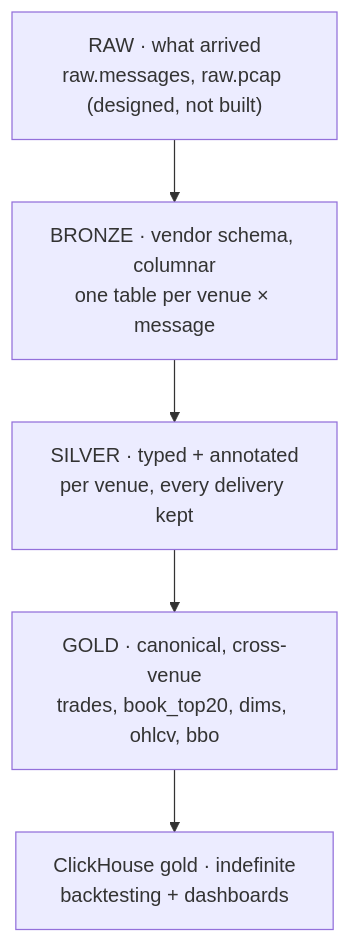
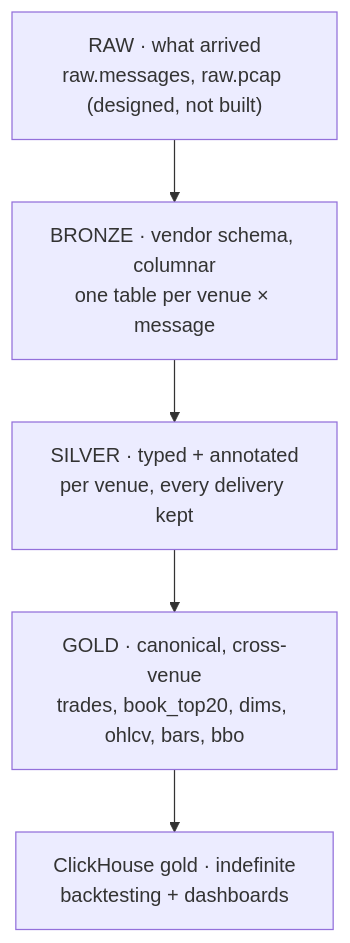
The diagram in docs/architecture/12-data-strategy.md (rjdscott/k2-market-data-platform), drawn with Mermaid before and after one commit. The commit also changed other lines of this file and 23 other files, not shown here.

First line of the commit message:
feat(lake): gold.bars — tick/volume/dollar event bars at one canonical threshold per symbol, served from ClickHouse, three-way parity at tolerance zero (#114)

````diff
--- a/docs/architecture/12-data-strategy.md
+++ b/docs/architecture/12-data-strategy.md
@@ -21,9 +21,9 @@
 ```mermaid
 flowchart TB
   R["RAW · what arrived<br/>raw.messages, raw.pcap (designed, not built)"]
   B["BRONZE · vendor schema, columnar<br/>one table per venue × message"]
   S["SILVER · typed + annotated<br/>per venue, every delivery kept"]
-  G["GOLD · canonical, cross-venue<br/>trades, book_top20, dims, ohlcv, bbo"]
+  G["GOLD · canonical, cross-venue<br/>trades, book_top20, dims, ohlcv, bars, bbo"]
   CH["ClickHouse gold · indefinite<br/>backtesting + dashboards"]
   R --> B --> S --> G --> CH
 ```
````
